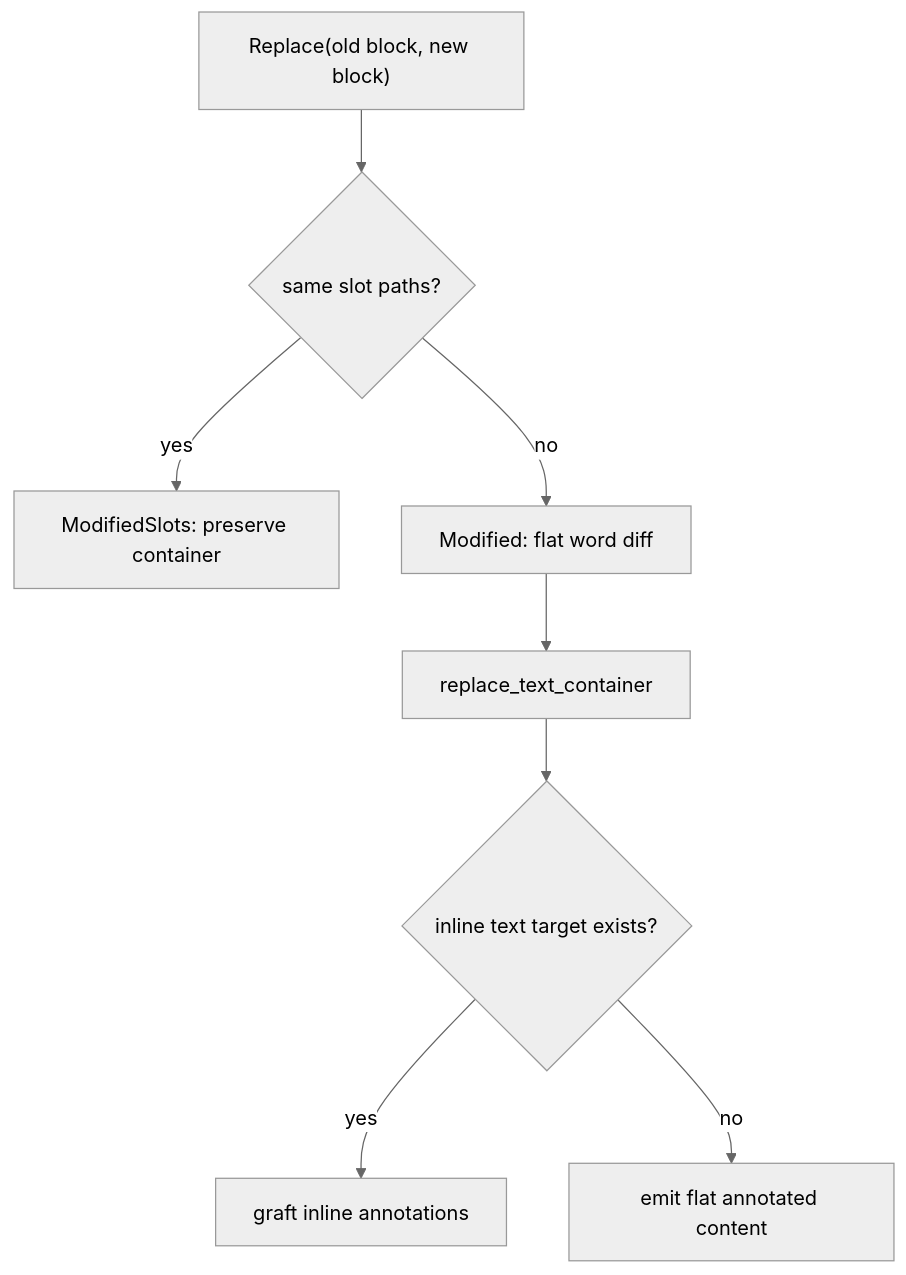
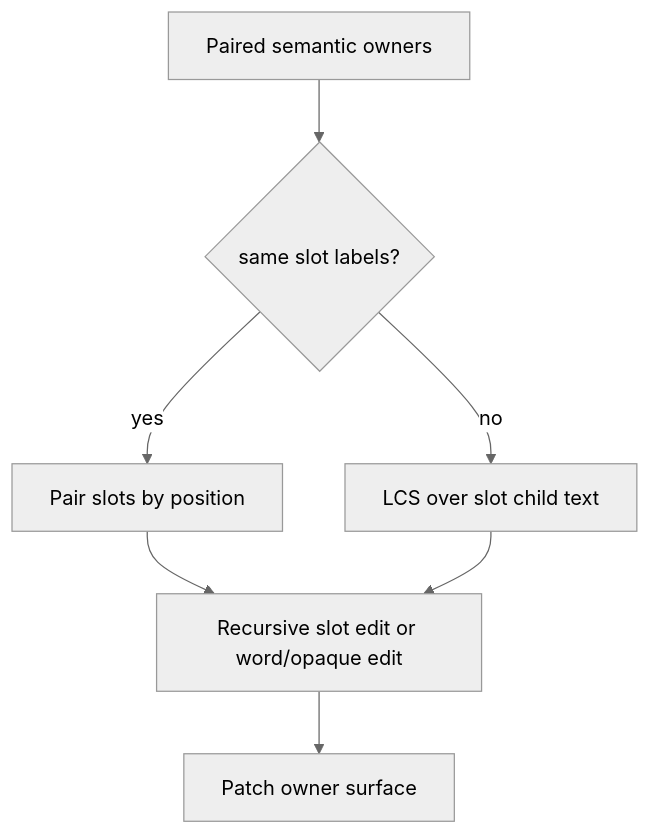
One commit to alexanderkoller/typst-diff changed the diagram in docs/technical.md. Above: the diagram before and after it, drawn with Mermaid (neutral theme). The commit also changed other lines of this file and 15 other files, not shown here.

````diff
--- a/docs/technical.md
+++ b/docs/technical.md
@@ -455,10 +477,9 @@
 ```mermaid
 flowchart TD
-    A["Replace(old block, new block)"] --> B{"same slot paths?"}
-    B -->|"yes"| C["ModifiedSlots: preserve container"]
-    B -->|"no"| D["Modified: flat word diff"]
-    D --> E["replace_text_container"]
-    E --> F{"inline text target exists?"}
-    F -->|"yes"| G["graft inline annotations"]
-    F -->|"no"| H["emit flat annotated content"]
+    A["Paired semantic owners"] --> B{"same slot labels?"}
+    B -->|"yes"| C["Pair slots by position"]
+    B -->|"no"| D["LCS over slot child text"]
+    C --> E["Recursive slot edit or word/opaque edit"]
+    D --> E
+    E --> F["Patch owner surface"]
 ```
````
